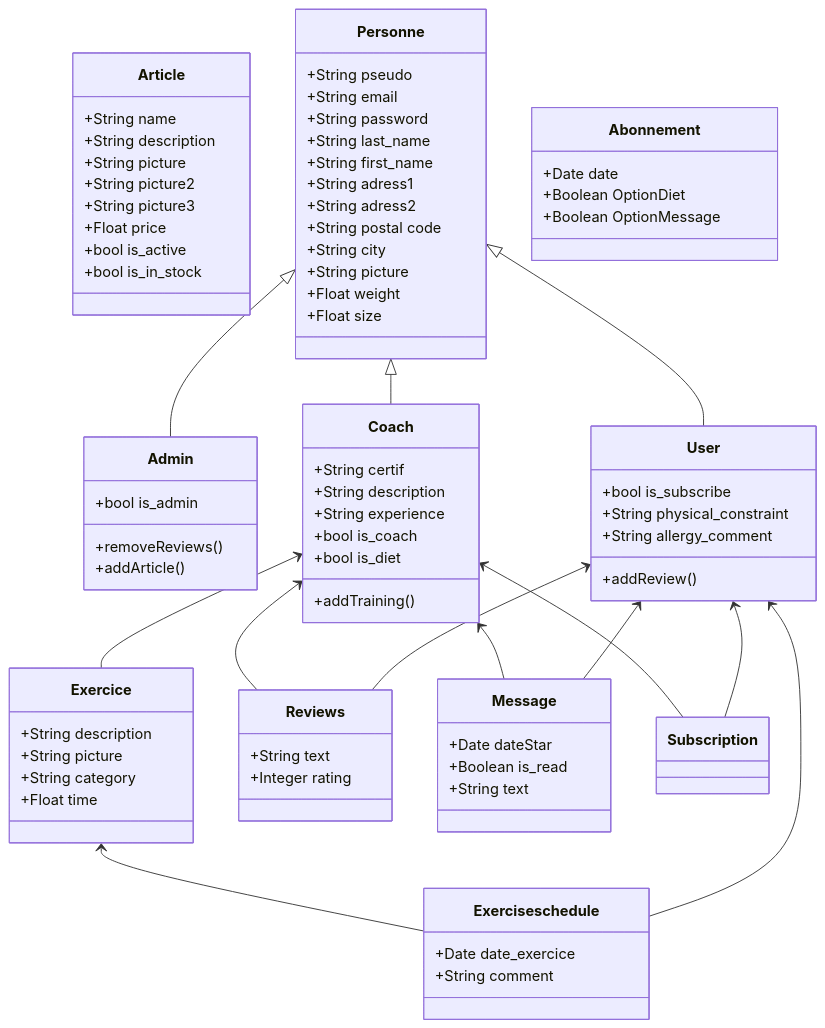
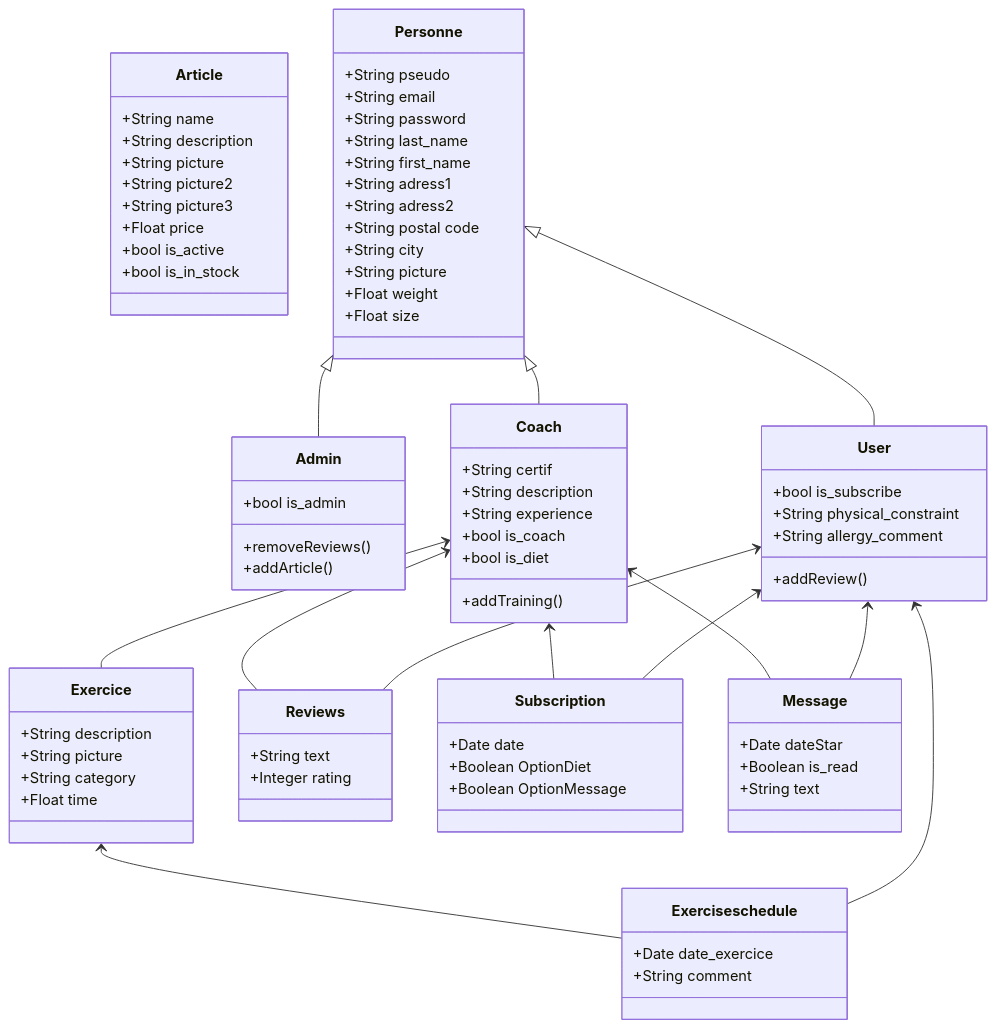
One commit to Genia888/FitnessHub changed the diagram in Documentation/class_diagram.md. Above: the diagram before and after it, drawn with Mermaid.

Commit message:
Rename class 'Abonnement' to 'Subscription' for consistency

```diff
--- a/Documentation/class_diagram.md
+++ b/Documentation/class_diagram.md
@@ -70,7 +70,7 @@
 	    +Integer rating
     }
 
-    class Abonnement {
+    class Subscription {
 	    +Date date
 	    +Boolean OptionDiet
 	    +Boolean OptionMessage
```
